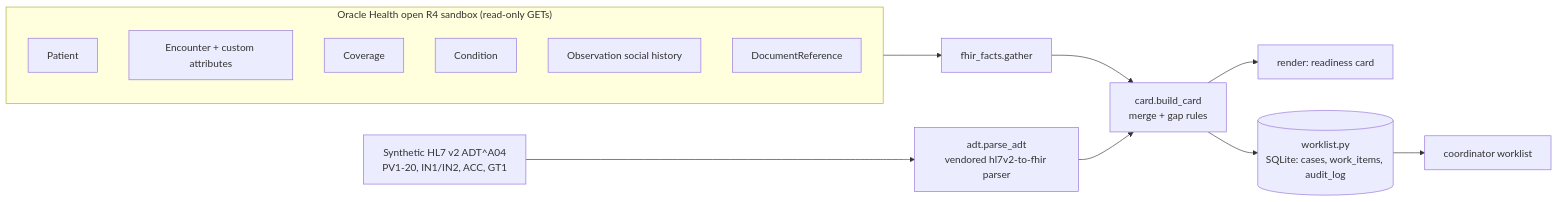
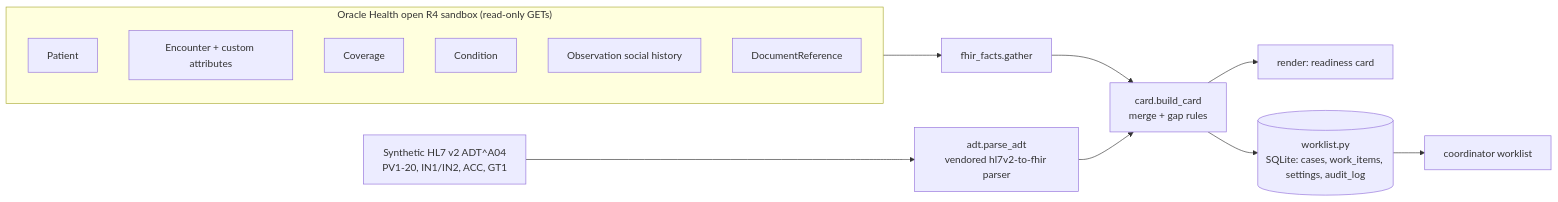
The diagram in README.md (Knok-exe/wc-readiness), drawn with Mermaid before and after one commit. The commit also changed other lines of this file and 15 other files, not shown here.

````diff
--- a/README.md
+++ b/README.md
@@ -178,14 +200,14 @@
 ```mermaid
 flowchart LR
     subgraph Oracle["Oracle Health open R4 sandbox (read-only GETs)"]
         P[Patient] & E[Encounter + custom attributes] & C[Coverage] & D[Condition] & O[Observation social history] & R[DocumentReference]
     end
     A04["Synthetic HL7 v2 ADT^A04<br/>PV1-20, IN1/IN2, ACC, GT1"]
     Oracle --> F[fhir_facts.gather]
     A04 --> H[adt.parse_adt<br/>vendored hl7v2-to-fhir parser]
     F --> M[card.build_card<br/>merge + gap rules]
     H --> M
     M --> T[render: readiness card]
-    M --> W[(worklist.py<br/>SQLite: cases, work_items, audit_log)]
+    M --> W[(worklist.py<br/>SQLite: cases, work_items, settings, audit_log)]
     W --> L[coordinator worklist]
 ```
````
